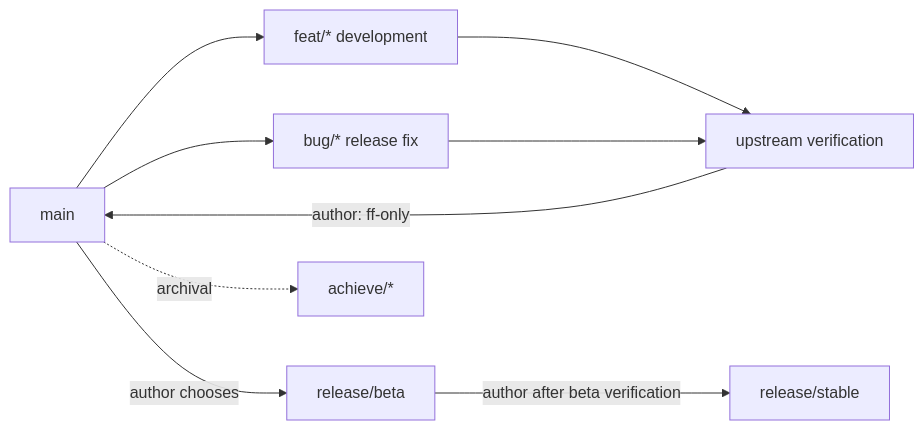
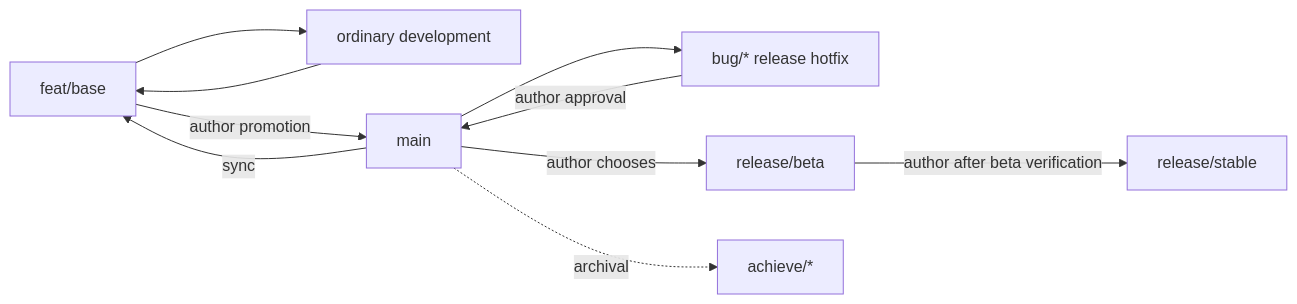
One commit to MashiroKai/Nebflow changed the diagram in CONTRIBUTING.md. Above: the diagram before and after it, drawn with Mermaid. The commit also changed other lines of this file and 10 other files, not shown here.

````diff
--- a/CONTRIBUTING.md
+++ b/CONTRIBUTING.md
@@ -90,11 +93,12 @@
 ```mermaid
 flowchart LR
-  M[main] --> F[feat/* development]
-  M --> B[bug/* release fix]
-  F --> V[upstream verification]
-  B --> V
-  V -->|author: ff-only| M
+  BASE[feat/base] --> F[ordinary development]
+  F --> BASE
+  BASE -->|author promotion| M[main]
+  M -->|sync| BASE
+  M --> B[bug/* release hotfix]
+  B -->|author approval| M
   M -->|author chooses| RB[release/beta]
   RB -->|author after beta verification| RS[release/stable]
   M -. archival .-> A[achieve/*]
 ```
````
